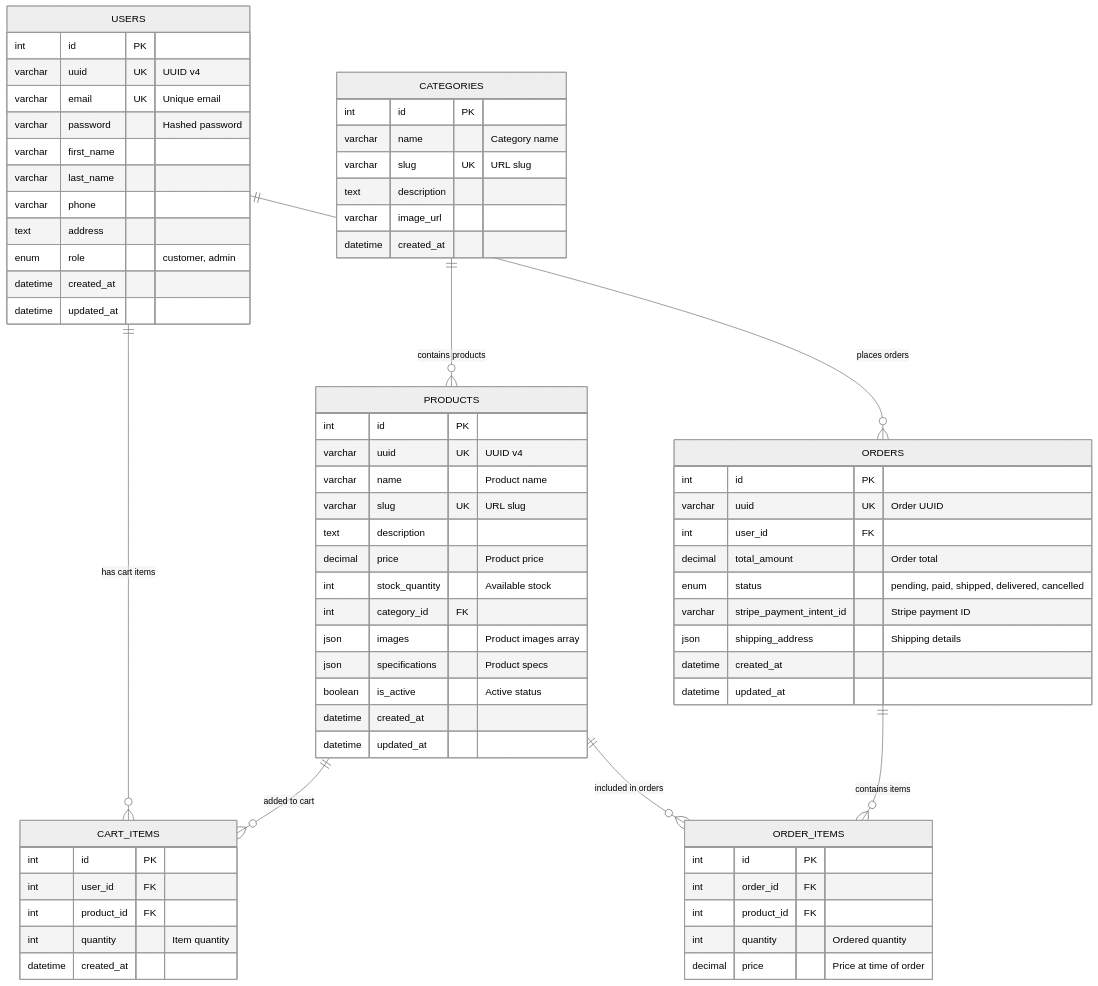
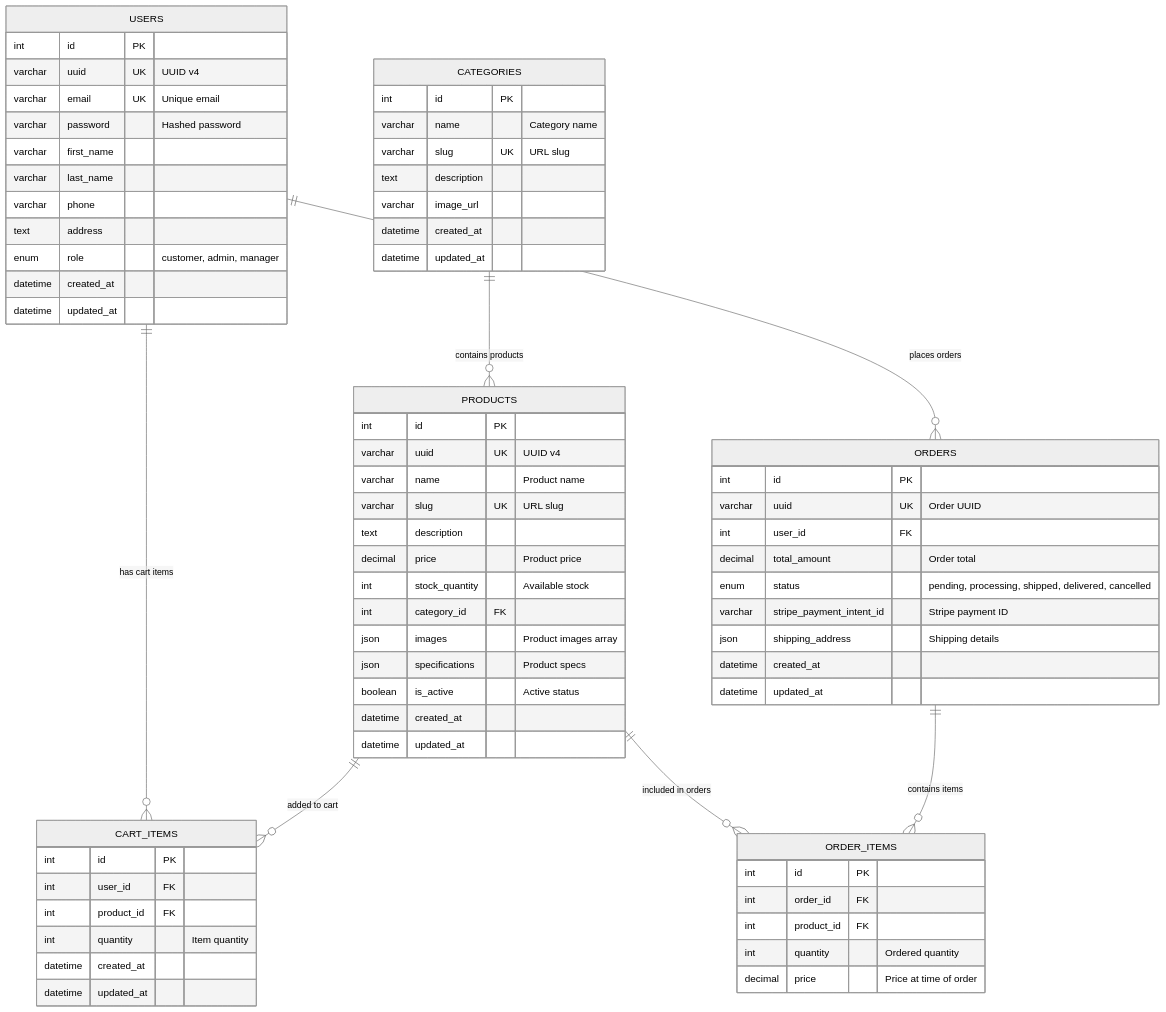
Before and after one commit to phukrit7171/raceparts-ecommerce: the third of 3 diagrams in docs/Architecture_and_design_system.md, drawn with Mermaid (neutral theme). The commit also changed other lines of this file and 3 other files, not shown here.

Commit message:
Refactor documentation: Update README, API documentation, architecture diagrams, and handover document to reflect changes in technology stack and project structure

````diff
--- a/docs/Architecture_and_design_system.md
+++ b/docs/Architecture_and_design_system.md
@@ -143,76 +130,72 @@
 ```mermaid
 erDiagram
     USERS {
         int id PK
         varchar uuid UK "UUID v4"
         varchar email UK "Unique email"
         varchar password "Hashed password"
         varchar first_name
         varchar last_name
         varchar phone
         text address
-        enum role "customer, admin"
+        enum role "customer, admin, manager"
         datetime created_at
         datetime updated_at
     }
-    
     CATEGORIES {
         int id PK
         varchar name "Category name"
         varchar slug UK "URL slug"
         text description
         varchar image_url
         datetime created_at
+        datetime updated_at
     }
-    
     PRODUCTS {
         int id PK
         varchar uuid UK "UUID v4"
         varchar name "Product name"
         varchar slug UK "URL slug"
         text description
         decimal price "Product price"
         int stock_quantity "Available stock"
         int category_id FK
         json images "Product images array"
         json specifications "Product specs"
         boolean is_active "Active status"
         datetime created_at
         datetime updated_at
     }
-    
     CART_ITEMS {
         int id PK
         int user_id FK
         int product_id FK
         int quantity "Item quantity"
         datetime created_at
+        datetime updated_at
     }
-    
     ORDERS {
         int id PK
         varchar uuid UK "Order UUID"
         int user_id FK
         decimal total_amount "Order total"
-        enum status "pending, paid, shipped, delivered, cancelled"
+        enum status "pending, processing, shipped, delivered, cancelled"
         varchar stripe_payment_intent_id "Stripe payment ID"
         json shipping_address "Shipping details"
         datetime created_at
         datetime updated_at
     }
-    
     ORDER_ITEMS {
         int id PK
         int order_id FK
         int product_id FK
         int quantity "Ordered quantity"
         decimal price "Price at time of order"
     }
-    
     USERS ||--o{ CART_ITEMS : "has cart items"
     USERS ||--o{ ORDERS : "places orders"
     CATEGORIES ||--o{ PRODUCTS : "contains products"
     PRODUCTS ||--o{ CART_ITEMS : "added to cart"
     PRODUCTS ||--o{ ORDER_ITEMS : "included in orders"
     ORDERS ||--o{ ORDER_ITEMS : "contains items"
 ```
````
